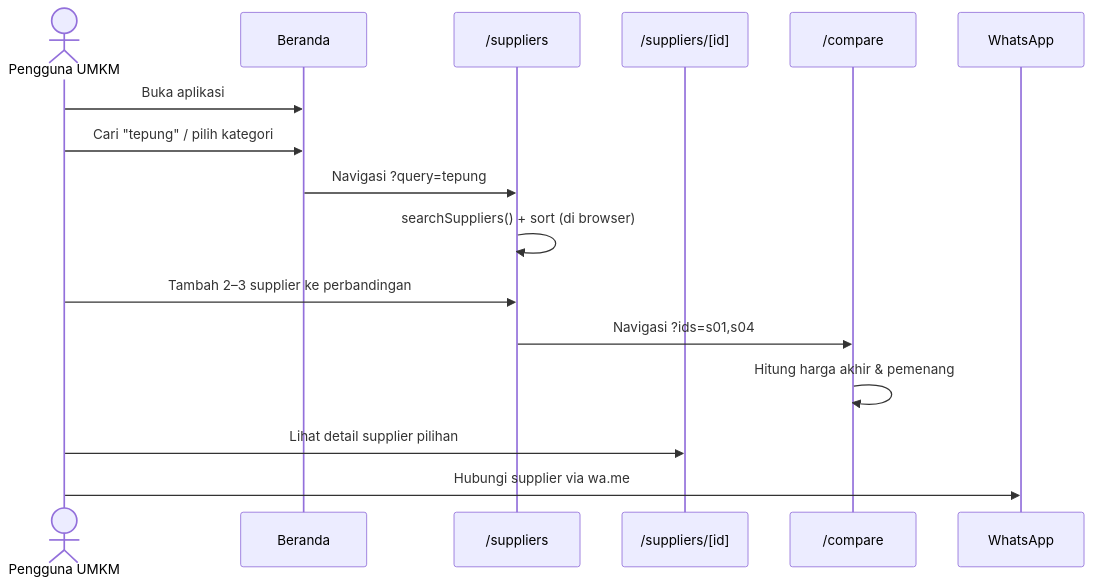
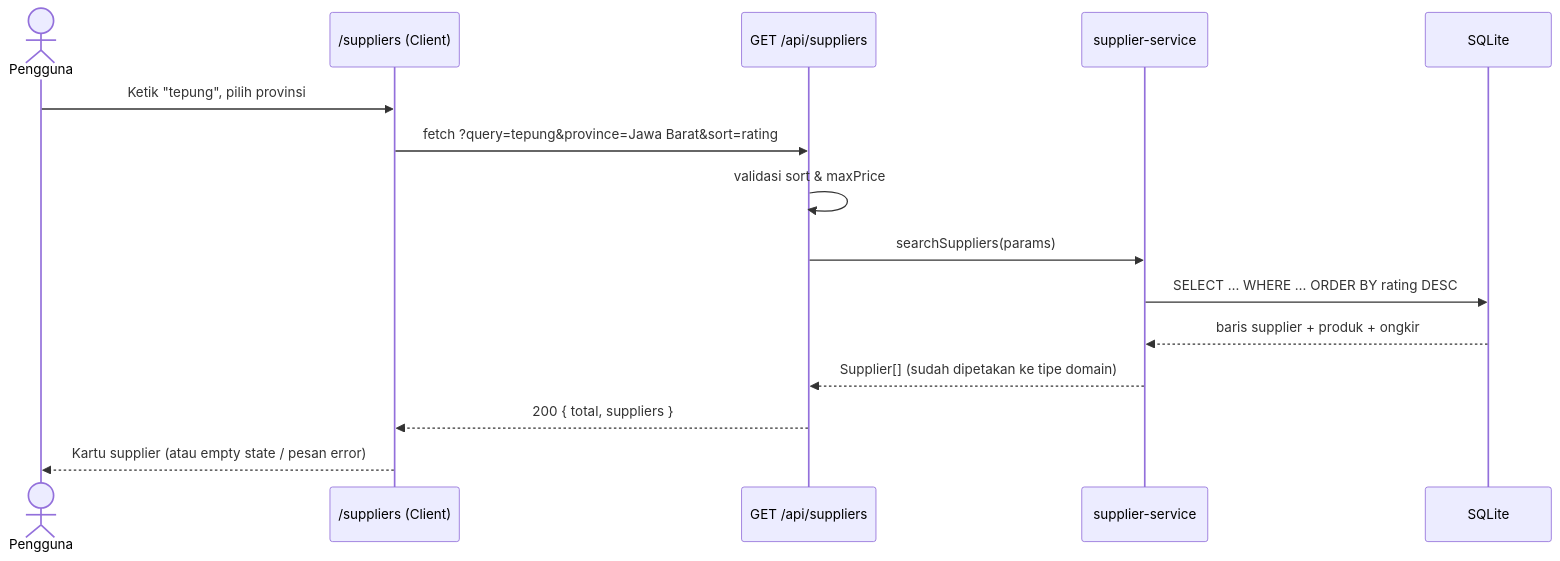
One commit to athifk0712/Rpl-app changed the third of 4 diagrams in ARCHITECTURE.md. Above: the diagram before and after it, drawn with Mermaid. The commit also changed other lines of this file and 2 other files, not shown here.

````diff
--- a/ARCHITECTURE.md
+++ b/ARCHITECTURE.md
@@ -203,19 +214,18 @@
 ```mermaid
 sequenceDiagram
-  actor U as Pengguna UMKM
-  participant H as Beranda
-  participant S as /suppliers
-  participant D as /suppliers/[id]
-  participant C as /compare
-  participant W as WhatsApp
+  actor U as Pengguna
+  participant P as /suppliers (Client)
+  participant A as GET /api/suppliers
+  participant S as supplier-service
+  participant D as SQLite
 
-  U->>H: Buka aplikasi
-  U->>H: Cari "tepung" / pilih kategori
-  H->>S: Navigasi ?query=tepung
-  S->>S: searchSuppliers() + sort (di browser)
-  U->>S: Tambah 2–3 supplier ke perbandingan
-  S->>C: Navigasi ?ids=s01,s04
-  C->>C: Hitung harga akhir & pemenang
-  U->>D: Lihat detail supplier pilihan
-  U->>W: Hubungi supplier via wa.me
+  U->>P: Ketik "tepung", pilih provinsi
+  P->>A: fetch ?query=tepung&province=Jawa Barat&sort=rating
+  A->>A: validasi sort & maxPrice
+  A->>S: searchSuppliers(params)
+  S->>D: SELECT … WHERE … ORDER BY rating DESC
+  D-->>S: baris supplier + produk + ongkir
+  S-->>A: Supplier[] (sudah dipetakan ke tipe domain)
+  A-->>P: 200 { total, suppliers }
+  P-->>U: Kartu supplier (atau empty state / pesan error)
 ```
````
